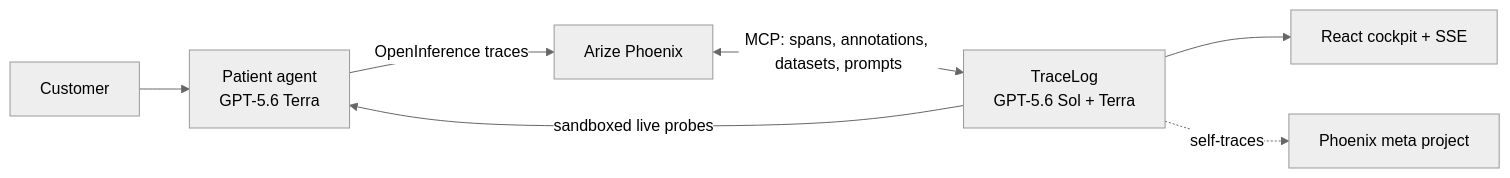
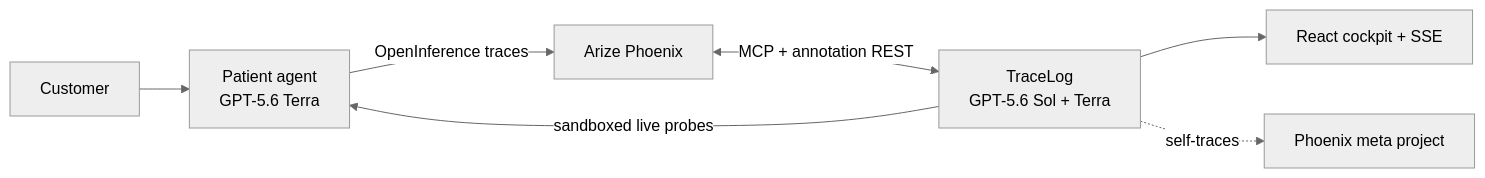
The diagram in README.md (shekh5/traceLog), drawn with Mermaid (neutral theme) before and after one commit. The commit also changed other lines of this file and 37 other files, not shown here.

````diff
--- a/README.md
+++ b/README.md
@@ -43,9 +44,9 @@
 ```mermaid
 flowchart LR
     U["Customer"] --> P["Patient agent\nGPT-5.6 Terra"]
     P -->|"OpenInference traces"| X["Arize Phoenix"]
-    X <-->|"MCP: spans, annotations, datasets, prompts"| C["TraceLog\nGPT-5.6 Sol + Terra"]
+    X <-->|"MCP + annotation REST"| C["TraceLog\nGPT-5.6 Sol + Terra"]
     C -->|"sandboxed live probes"| P
     C --> D["React cockpit + SSE"]
     C -.->|"self-traces"| M["Phoenix meta project"]
 ```
````
